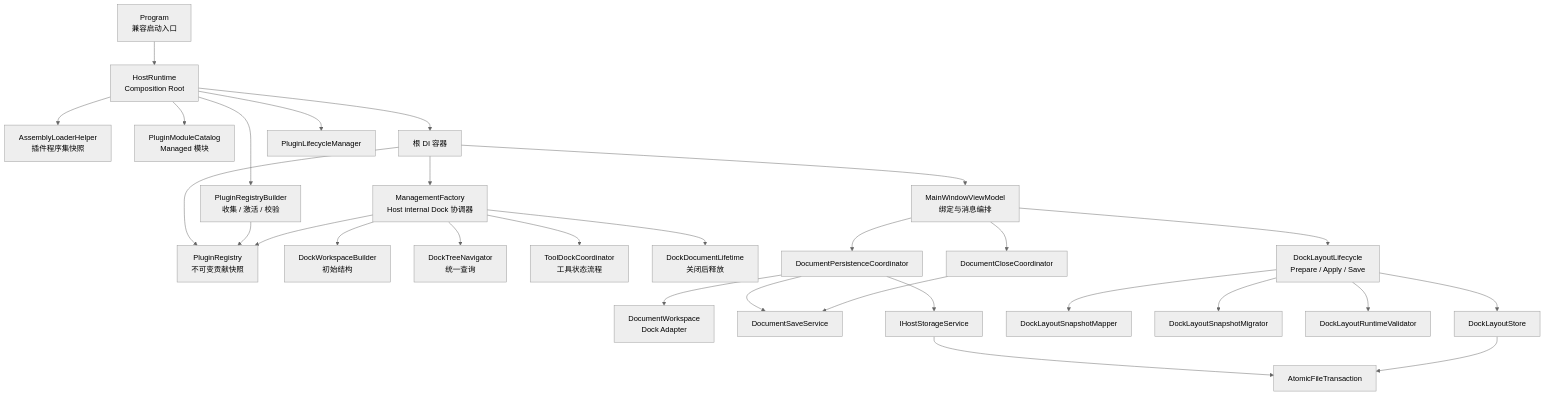
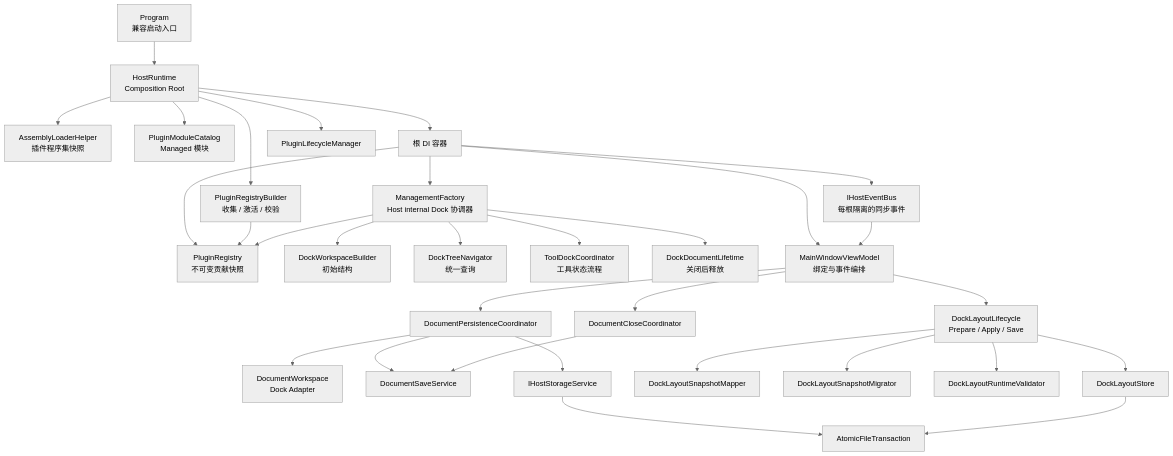
One commit to crownclowngx/avalonia_dock_simple_test changed the first of 2 diagrams in Host/MyAvaloniaManagement/docs/design/architecture.md. Above: the diagram before and after it, drawn with Mermaid (neutral theme). The commit also changed other lines of this file and 81 other files, not shown here.

````diff
--- a/Host/MyAvaloniaManagement/docs/design/architecture.md
+++ b/Host/MyAvaloniaManagement/docs/design/architecture.md
@@ -28,34 +29,36 @@
 ```mermaid
 flowchart TB
     Program["Program<br/>兼容启动入口"] --> Runtime["HostRuntime<br/>Composition Root"]
     Runtime --> Loader["AssemblyLoaderHelper<br/>插件程序集快照"]
     Runtime --> Catalog["PluginModuleCatalog<br/>Managed 模块"]
     Runtime --> RegistryBuilder["PluginRegistryBuilder<br/>收集 / 激活 / 校验"]
     Runtime --> Container["根 DI 容器"]
     Runtime --> Lifecycle["PluginLifecycleManager"]
 
     Container --> Factory["ManagementFactory<br/>Host internal Dock 协调器"]
+    Container --> EventBus["IHostEventBus<br/>每根隔离的同步事件"]
     Container --> Registry["PluginRegistry<br/>不可变贡献快照"]
     RegistryBuilder --> Registry
     Factory --> Registry
     Factory --> Builder["DockWorkspaceBuilder<br/>初始结构"]
     Factory --> Navigator["DockTreeNavigator<br/>统一查询"]
     Factory --> ToolCoordinator["ToolDockCoordinator<br/>工具状态流程"]
     Factory --> DocumentLifetime["DockDocumentLifetime<br/>关闭后释放"]
 
-    Container --> MainVM["MainWindowViewModel<br/>绑定与消息编排"]
+    Container --> MainVM["MainWindowViewModel<br/>绑定与事件编排"]
+    EventBus --> MainVM
     MainVM --> Documents["DocumentPersistenceCoordinator"]
     MainVM --> Close["DocumentCloseCoordinator"]
     Documents --> Workspace["DocumentWorkspace<br/>Dock Adapter"]
     Documents --> Save["DocumentSaveService"]
     Close --> Save
     Documents --> Storage["IHostStorageService"]
     Storage --> Atomic["AtomicFileTransaction"]
 
     MainVM --> Layout["DockLayoutLifecycle<br/>Prepare / Apply / Save"]
     Layout --> Mapper["DockLayoutSnapshotMapper"]
     Layout --> Migrator["DockLayoutSnapshotMigrator"]
     Layout --> Validator["DockLayoutRuntimeValidator"]
     Layout --> Store["DockLayoutStore"]
     Store --> Atomic
 ```
````
